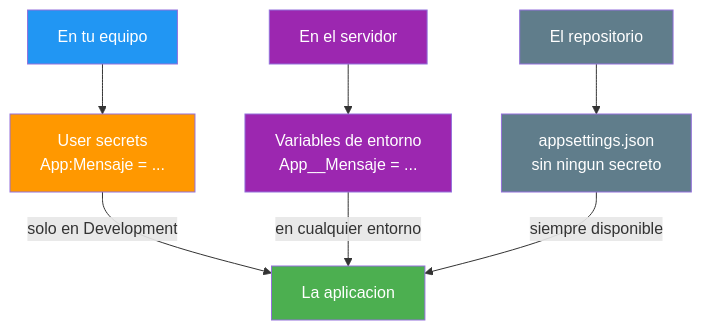
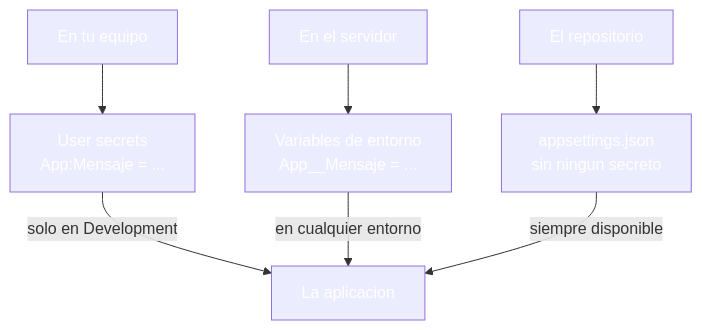
One commit to joseluisgs/DesarrolloWebEntornosServidor-03-2026-2027 changed the seventh of 7 diagrams in 20-configuracion-entornos.md. Above: the diagram before and after it, drawn with Mermaid. The commit also changed other lines of this file and 30 other files, not shown here.

````diff
--- a/20-configuracion-entornos.md
+++ b/20-configuracion-entornos.md
@@ -516,16 +516,16 @@
 ```mermaid
 graph TD
     R["El repositorio"] --> A["appsettings.json<br/>sin ningun secreto"]
     D["En tu equipo"] --> US["User secrets<br/>App:Mensaje = ..."]
     P["En el servidor"] --> EV["Variables de entorno<br/>App__Mensaje = ..."]
     US -->|"solo en Development"| S["La aplicacion"]
     EV -->|"en cualquier entorno"| S
     A -->|"siempre disponible"| S
-    style R fill:#607D8B,color:#fff
-    style A fill:#607D8B,color:#fff
-    style D fill:#2196F3,color:#fff
-    style US fill:#FF9800,color:#fff
-    style P fill:#9C27B0,color:#fff
-    style EV fill:#9C27B0,color:#fff
-    style S fill:#4CAF50,color:#fff
+    style R fill:#607D8,color:#fffB,color:#fff
+    style A fill:#607D8,color:#fffB,color:#fff
+    style D fill:#2196F,color:#fff3,color:#fff
+    style US fill:#FF980,color:#fff0,color:#fff
+    style P fill:#9C27B,color:#fff0,color:#fff
+    style EV fill:#9C27B,color:#fff0,color:#fff
+    style S fill:#4CAF5,color:#fff0,color:#fff
 ```
````
